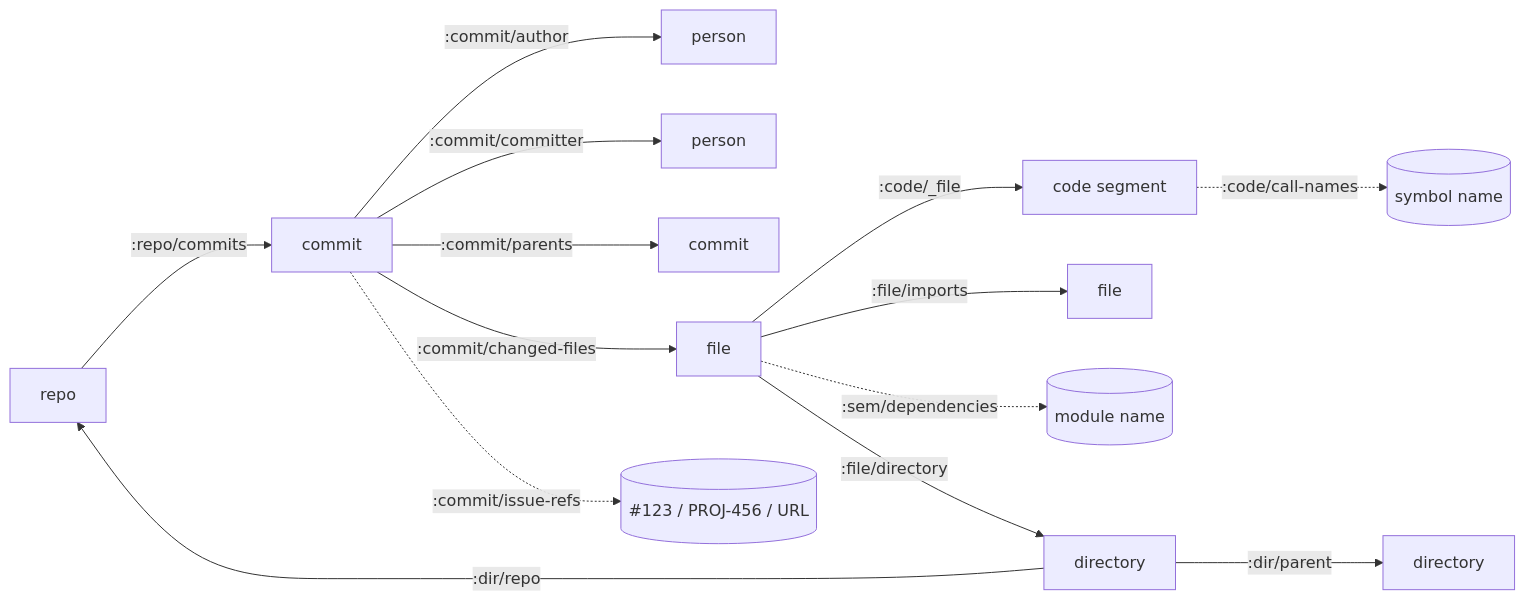
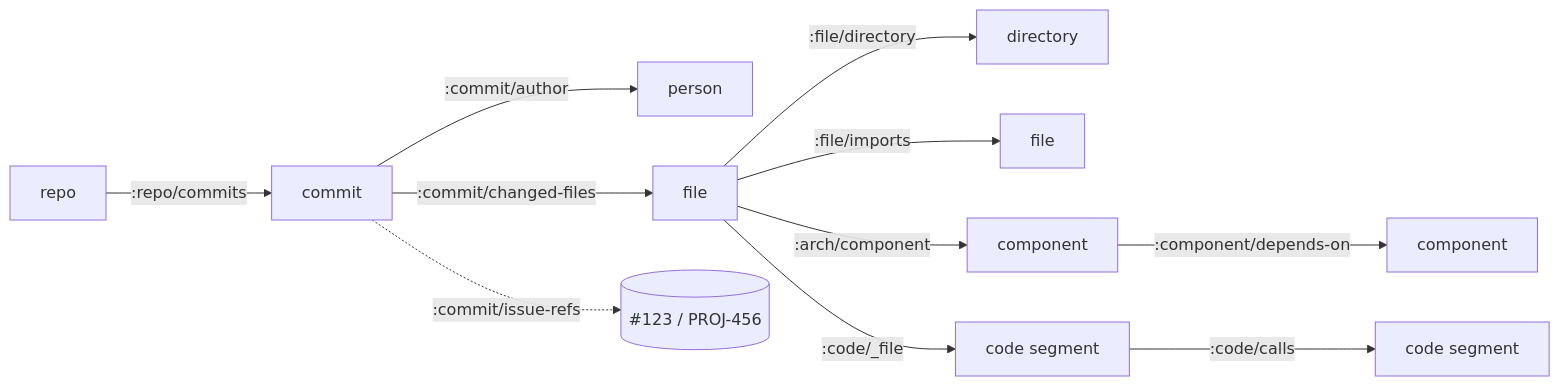
The third of 4 diagrams in README.md (leifericf/noumenon), drawn with Mermaid before and after one commit. The commit also changed other lines of this file and 30 other files, not shown here.

````diff
--- a/README.md
+++ b/README.md
@@ -186,19 +243,15 @@
 ```mermaid
 flowchart LR
   Repo[repo] -->|:repo/commits| Commit[commit]
   Commit -->|:commit/author| Author[person]
-  Commit -->|:commit/committer| Committer[person]
-  Commit -->|:commit/parents| Parent[commit]
   Commit -->|:commit/changed-files| File[file]
-  Commit -.->|:commit/issue-refs| IssueRef[("#123 / PROJ-456 / URL")]
+  Commit -.->|:commit/issue-refs| IssueRef[("#123 / PROJ-456")]
 
   File -->|:file/directory| Dir[directory]
-  Dir -->|:dir/parent| ParentDir[directory]
-  Dir -->|:dir/repo| Repo
-
   File -->|:file/imports| ImportedFile[file]
-  File -.->|:sem/dependencies| DependencyName[(module name)]
+  File -->|:arch/component| Comp[component]
+  Comp -->|:component/depends-on| DepComp[component]
 
   File -->|:code/_file| Code[code segment]
-  Code -.->|:code/call-names| CalledName[(symbol name)]
+  Code -->|:code/calls| CalledCode[code segment]
 ```
````
